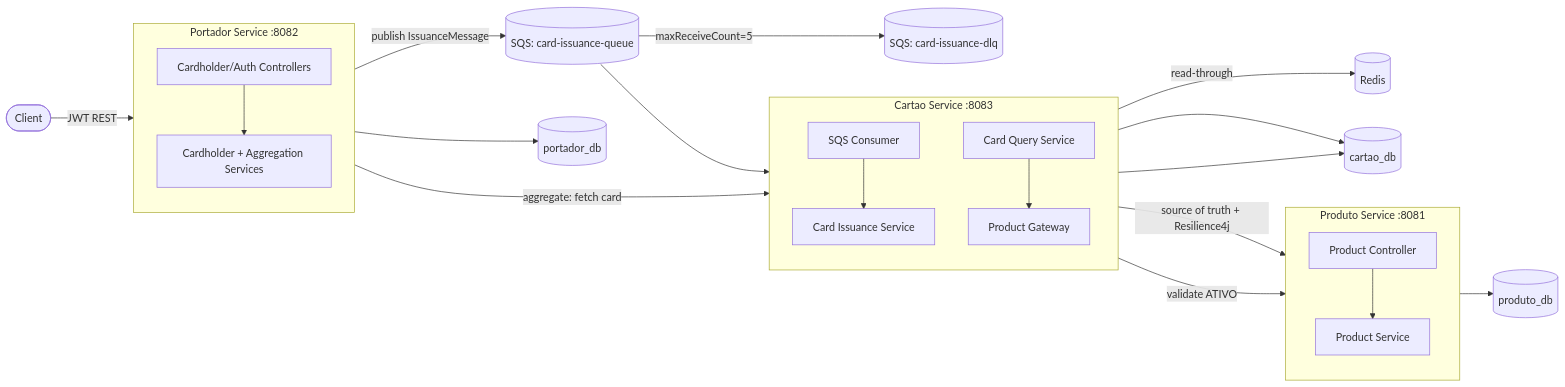
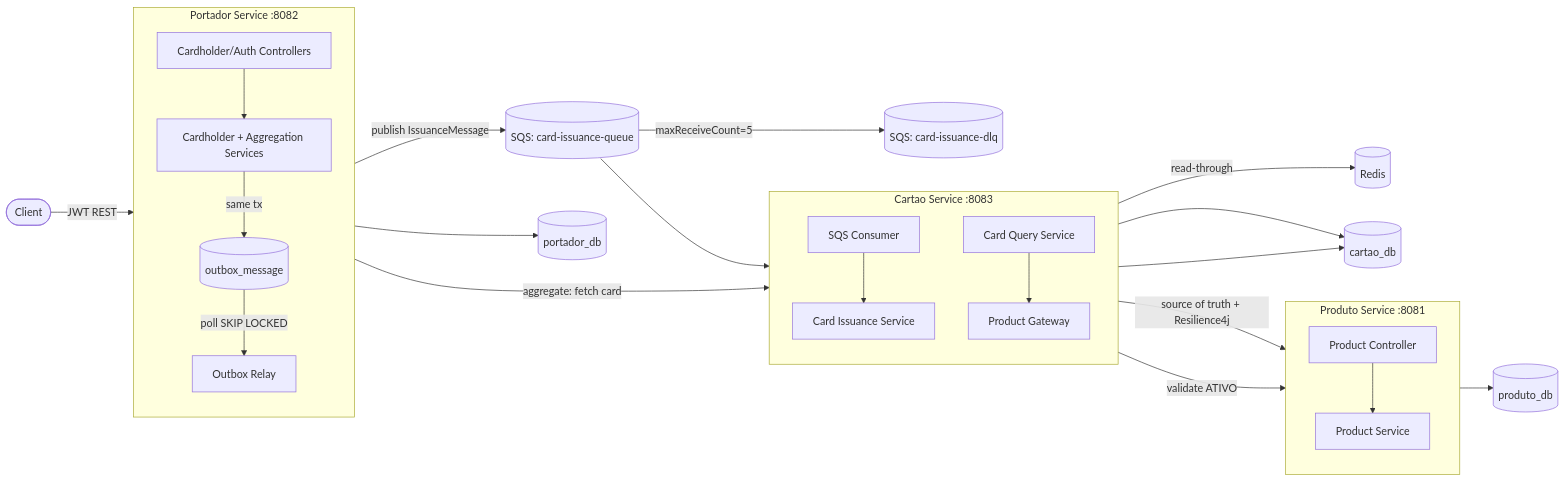
One commit to albjoaov/card-process changed the first of 2 diagrams in README.md. Above: the diagram before and after it, drawn with Mermaid. The commit also changed other lines of this file and 1 other file, not shown here.

Commit message:
docs: document the transactional outbox in readme and implementation

````diff
--- a/README.md
+++ b/README.md
@@ -26,33 +26,35 @@
 ```mermaid
 flowchart LR
     Client([Client]) -->|JWT REST| Portador
 
     subgraph Portador[Portador Service :8082]
         direction TB
         PCtl[Cardholder/Auth Controllers] --> PSvc[Cardholder + Aggregation Services]
+        PSvc -->|same tx| Outbox[(outbox_message)]
+        Outbox -->|poll SKIP LOCKED| Relay[Outbox Relay]
     end
 
     subgraph Cartao[Cartao Service :8083]
         direction TB
         Consumer[SQS Consumer] --> CIssue[Card Issuance Service]
         CQuery[Card Query Service] --> Gateway[Product Gateway]
     end
 
     subgraph Produto[Produto Service :8081]
         direction TB
         ProdCtl[Product Controller] --> ProdSvc[Product Service]
     end
 
-    PSvc -->|publish IssuanceMessage| SQS[(SQS: card-issuance-queue)]
+    Relay -->|publish IssuanceMessage| SQS[(SQS: card-issuance-queue)]
     SQS -->|maxReceiveCount=5| DLQ[(SQS: card-issuance-dlq)]
     SQS --> Consumer
     Gateway -->|read-through| Redis[(Redis)]
     Gateway -->|source of truth + Resilience4j| ProdCtl
     CIssue -->|validate ATIVO| ProdCtl
     PSvc -->|aggregate: fetch card| CQuery
 
     PSvc --> PgPortador[(portador_db)]
     ProdSvc --> PgProduto[(produto_db)]
     CIssue --> PgCartao[(cartao_db)]
     CQuery --> PgCartao
 ```
````
